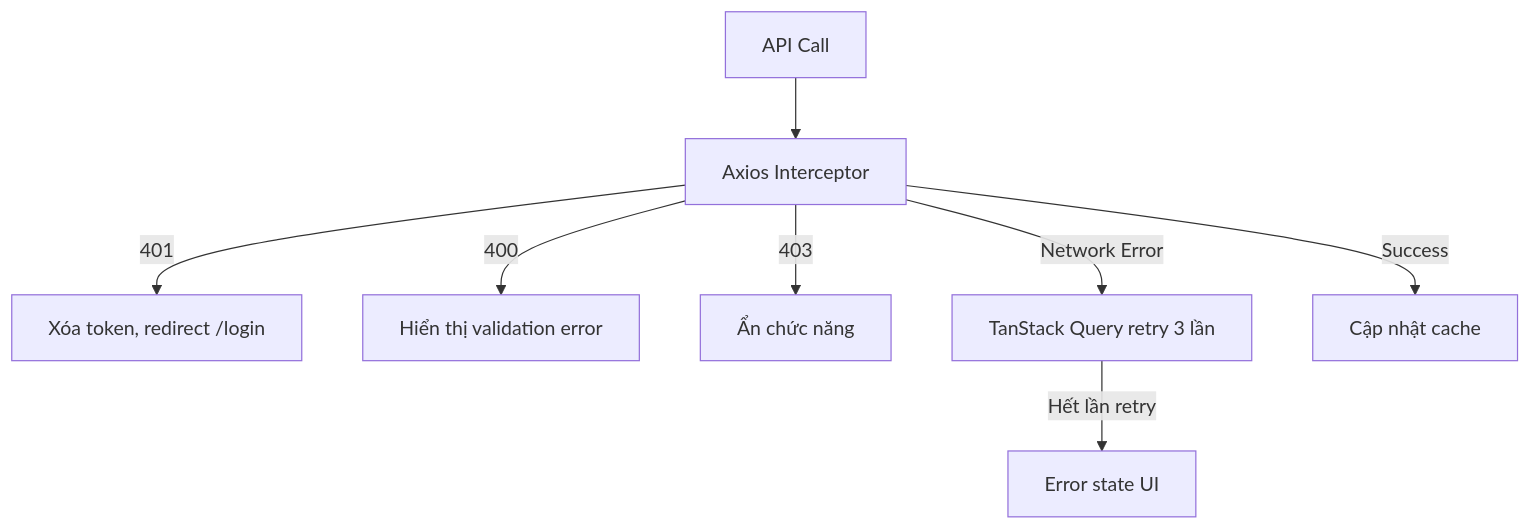
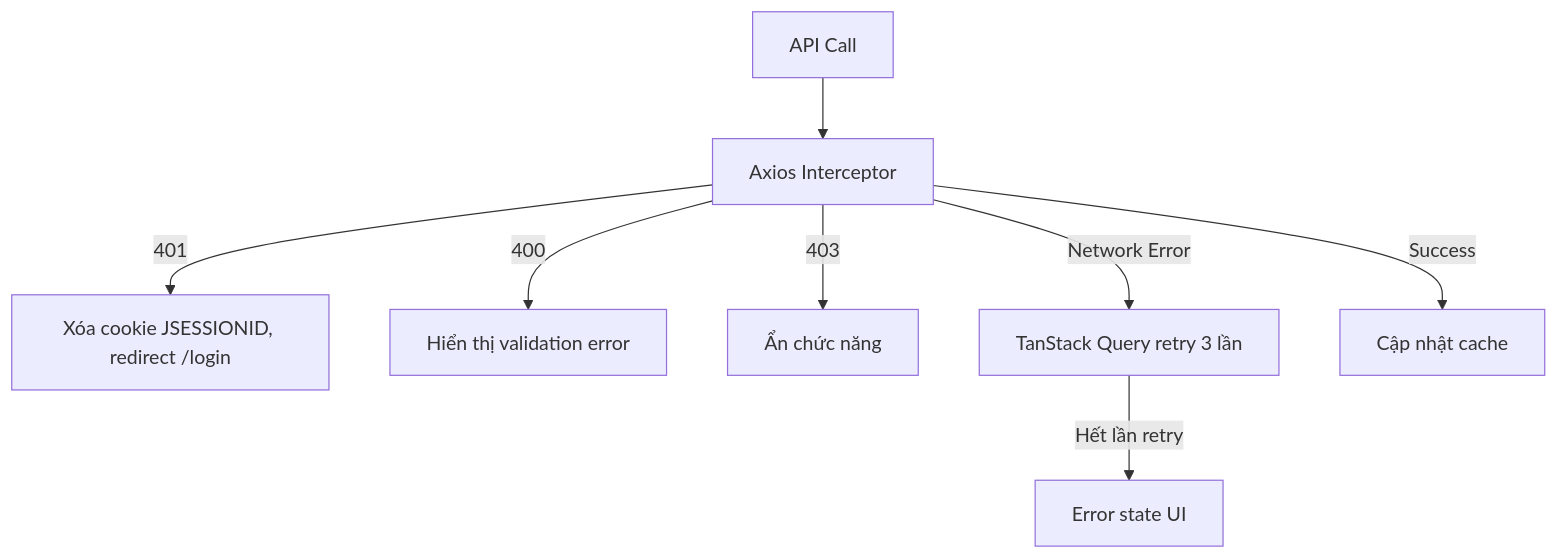
Diagram 23 of 24 in docs/SDD.md (nghiaxh/hr-management), drawn with Mermaid before and after one commit. The commit also changed other lines of this file and 8 other files, not shown here.

````diff
--- a/docs/SDD.md
+++ b/docs/SDD.md
@@ -1170,10 +1137,10 @@
 ```mermaid
 flowchart TD
     API[API Call] --> AXI[Axios Interceptor]
-    AXI -->|401| CLEAR[Xóa token, redirect /login]
+    AXI -->|401| CLEAR[Xóa cookie JSESSIONID, redirect /login]
     AXI -->|400| SHOW[Hiển thị validation error]
     AXI -->|403| HIDE[Ẩn chức năng]
     AXI -->|Network Error| RETRY[TanStack Query retry 3 lần]
     AXI -->|Success| UPDATE[Cập nhật cache]
     RETRY -->|Hết lần retry| ERR_STATE[Error state UI]
 ```
````
